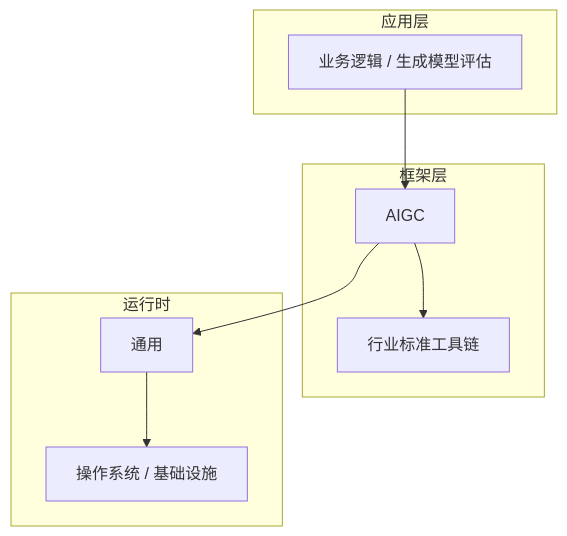
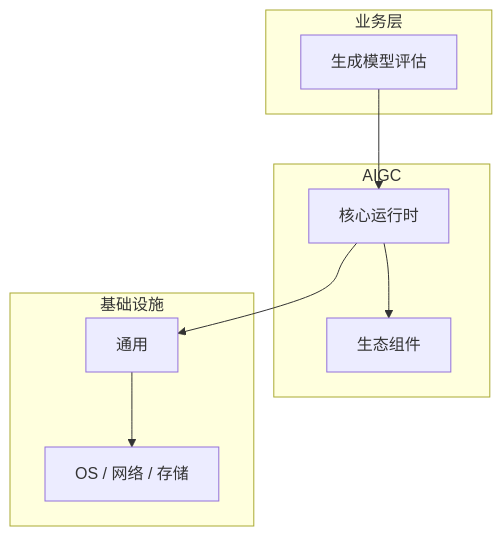
Before and after one commit to yanggan2015/knowledge-json-v2: the diagram in articles/AIGC/chapters/071-生成模型评估核心概念与原理.md, drawn with Mermaid. The commit also changed other lines of this file and 10127 other files, not shown here.

````diff
--- a/articles/AIGC/chapters/071-生成模型评估核心概念与原理.md
+++ b/articles/AIGC/chapters/071-生成模型评估核心概念与原理.md
@@ -45,18 +30,18 @@
 ```mermaid
 graph TB
-    subgraph 应用层
-        A[业务逻辑 / 生成模型评估]
+    subgraph 业务层
+        A[生成模型评估]
     end
-    subgraph 框架层
-        B[AIGC]
-        C[行业标准工具链]
+    subgraph AIGC
+        B[核心运行时]
+        C[生态组件]
     end
-    subgraph 运行时
+    subgraph 基础设施
         D[通用]
-        E[操作系统 / 基础设施]
+        E[OS / 网络 / 存储]
     end
     A --> B
     B --> C
     B --> D
     D --> E
 ```
````
